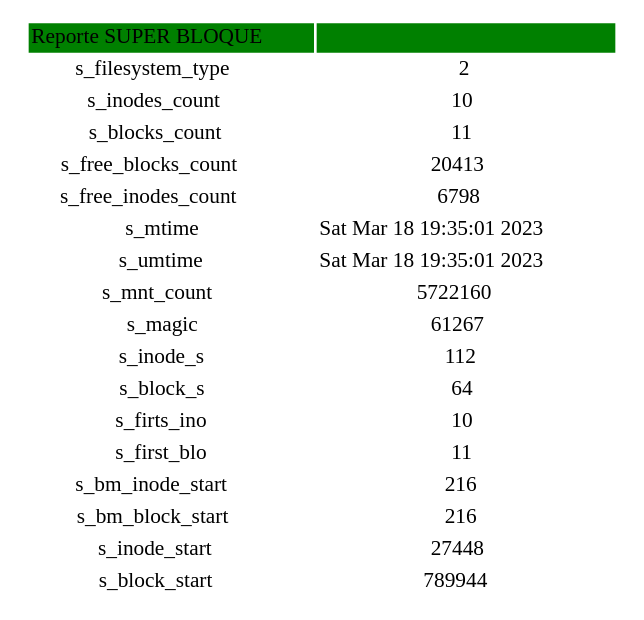
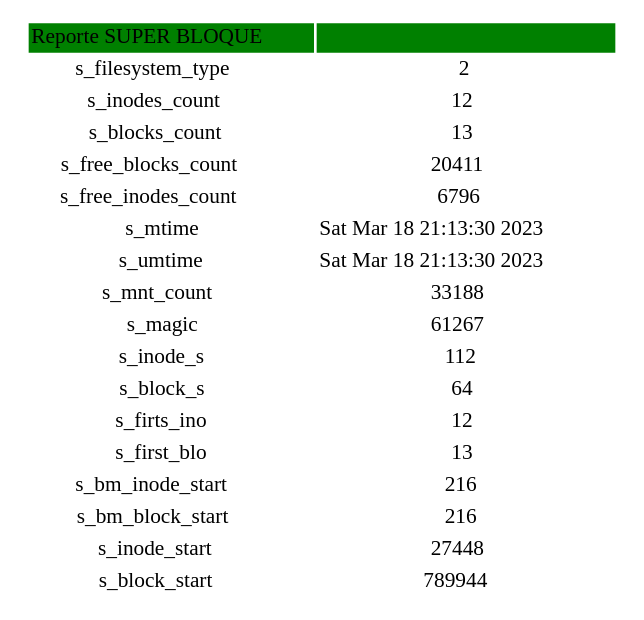
Before and after one commit to JoseMore99/-MIA-Proyecto1_201701015: the diagram in Reportsb.dot, drawn with Graphviz. The commit also changed 20 other files, not shown here.

```diff
--- a/Reportsb.dot
+++ b/Reportsb.dot
@@ -1,82 +1,82 @@
 digraph g {
 graph [];
 node [
 fontsize = "16"
 shape = "record"
 ];
 edge [];
  a0 [shape=none label=<<TABLE border="0">
 <TR><TD bgcolor="green">Reporte SUPER BLOQUE</TD>
 <TD bgcolor="green"></TD></TR>
 <TR><TD>s_filesystem_type</TD>
 <TD>
 2
 </TD></TR>
 <TR><TD>s_inodes_count</TD>
 <TD>
-10
+12
 </TD></TR>
 <TR><TD>s_blocks_count</TD>
 <TD>
-11
+13
 </TD></TR>
 <TR><TD>s_free_blocks_count</TD>
 <TD>
-20413
+20411
 </TD></TR>
 <TR><TD>s_free_inodes_count</TD>
 <TD>
-6798
+6796
 </TD></TR>
 <TR><TD>s_mtime</TD>
 <TD>
-Sat Mar 18 19:35:01 2023
+Sat Mar 18 21:13:30 2023
 
 </TD></TR>
 <TR><TD>s_umtime</TD>
 <TD>
-Sat Mar 18 19:35:01 2023
+Sat Mar 18 21:13:30 2023
 
 </TD></TR>
 <TR><TD>s_mnt_count</TD>
 <TD>
-5722160
+33188
 </TD></TR>
 <TR><TD>s_magic</TD>
 <TD>
 61267
 </TD></TR>
 <TR><TD>s_inode_s</TD>
 <TD>
 112
 </TD></TR>
 <TR><TD>s_block_s</TD>
 <TD>
 64
 </TD></TR>
 <TR><TD>s_firts_ino</TD>
 <TD>
-10
+12
 </TD></TR>
 <TR><TD>s_first_blo</TD>
 <TD>
-11
+13
 </TD></TR>
 <TR><TD>s_bm_inode_start</TD>
 <TD>
 216
 </TD></TR>
 <TR><TD>s_bm_block_start</TD>
 <TD>
 216
 </TD></TR>
 <TR><TD>s_inode_start</TD>
 <TD>
 27448
 </TD></TR>
 <TR><TD>s_block_start</TD>
 <TD>
 789944
 </TD></TR>
  </TABLE>>];
 }
```
